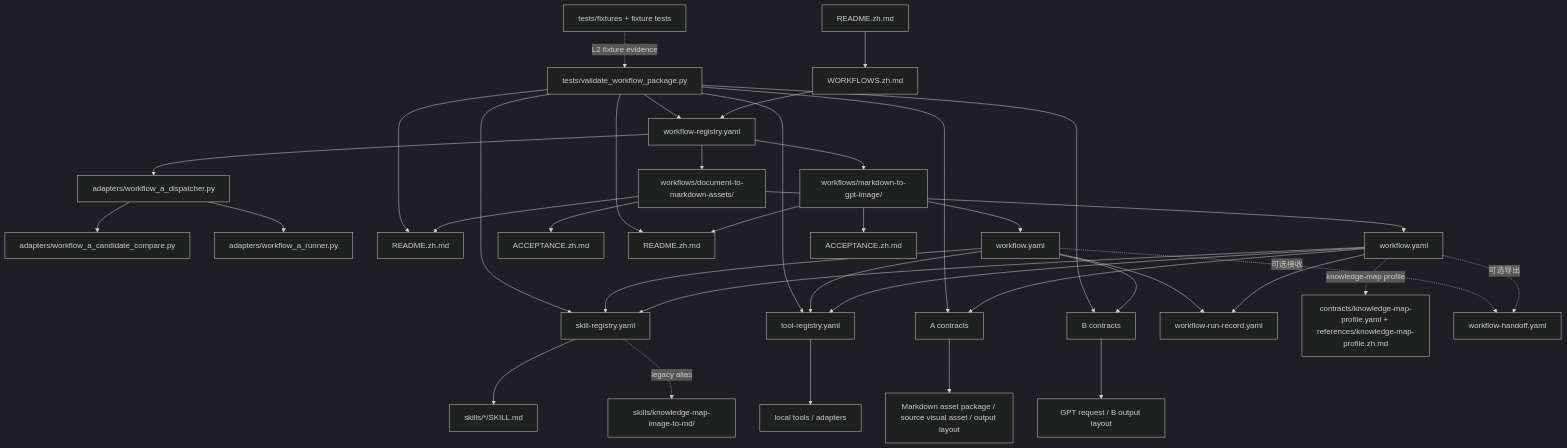
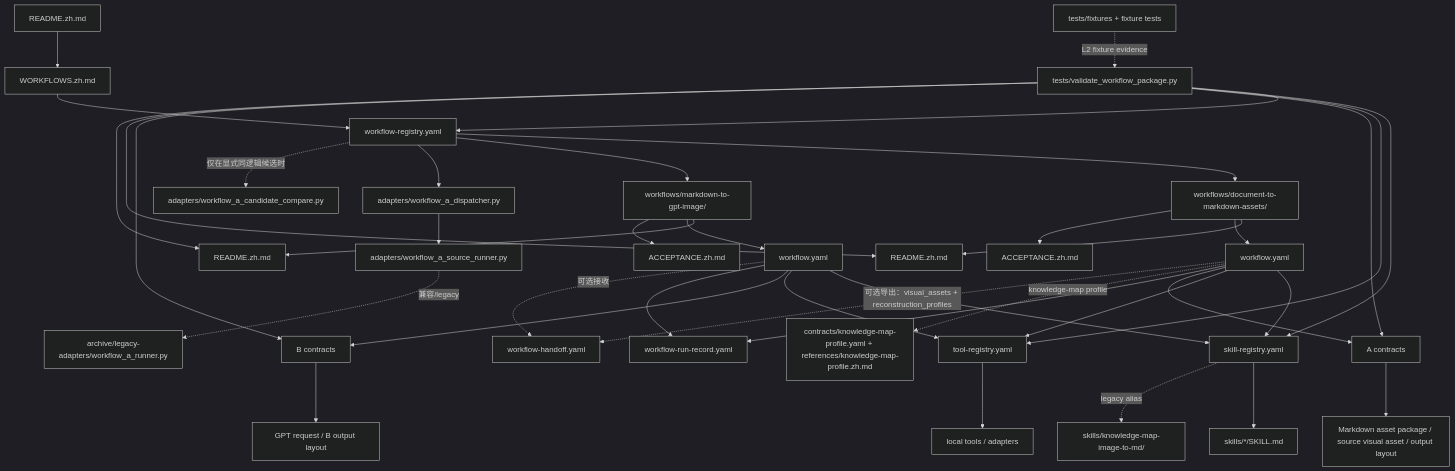
Before and after one commit to shopable-ai/document-to-markdown-workflow: the fourth of 4 diagrams in WORKFLOW-MAP.zh.md, drawn with Mermaid (dark theme). The commit also changed other lines of this file and 132 other files, not shown here.

First line of the commit message:
Make Workflow A source-independent and auditable

````diff
--- a/WORKFLOW-MAP.zh.md
+++ b/WORKFLOW-MAP.zh.md
@@ -135,44 +176,45 @@
 ```mermaid
 flowchart TD
     R["README.zh.md"] --> W["WORKFLOWS.zh.md"]
     W --> WR["workflow-registry.yaml"]
     WR --> WA["workflows/document-to-markdown-assets/"]
     WR --> WB["workflows/markdown-to-gpt-image/"]
     WR --> D["adapters/workflow_a_dispatcher.py"]
-    D --> CC["adapters/workflow_a_candidate_compare.py"]
-    D --> RUN["adapters/workflow_a_runner.py"]
+    WR -. "仅在显式同逻辑候选时" .-> CC["adapters/workflow_a_candidate_compare.py"]
+    D --> RUN["adapters/workflow_a_source_runner.py"]
+    RUN -. "兼容/legacy" .-> LEGACY["archive/legacy-adapters/workflow_a_runner.py"]
 
     WA --> WAR["README.zh.md"]
     WA --> WAY["workflow.yaml"]
     WA --> WAC["ACCEPTANCE.zh.md"]
     WB --> WBR["README.zh.md"]
     WB --> WBY["workflow.yaml"]
     WB --> WBC["ACCEPTANCE.zh.md"]
 
     WAY --> SR["skill-registry.yaml"]
     WBY --> SR
     WAY --> TR["tool-registry.yaml"]
     WBY --> TR
     WAY --> CA["A contracts"]
     WBY --> CB["B contracts"]
     WAY --> RR["workflow-run-record.yaml"]
     WAY -. "knowledge-map profile" .-> KP["contracts/knowledge-map-profile.yaml + references/knowledge-map-profile.zh.md"]
     WBY --> RR
-    WAY -. "可选导出" .-> HF["workflow-handoff.yaml"]
+    WAY -. "可选导出：visual_assets + reconstruction_profiles" .-> HF["workflow-handoff.yaml"]
     WBY -. "可选接收" .-> HF
 
     SR --> SK["skills/*/SKILL.md"]
     SR -. "legacy alias" .-> KSK["skills/knowledge-map-image-to-md/"]
     TR --> TL["local tools / adapters"]
     CA --> OA["Markdown asset package / source visual asset / output layout"]
     CB --> OB["GPT request / B output layout"]
 
     V["tests/validate_workflow_package.py"] --> WR
     V --> SR
     V --> TR
     V --> CA
     V --> CB
     V --> WAR
     V --> WBR
     F["tests/fixtures + fixture tests"] -. "L2 fixture evidence" .-> V
 ```
````
